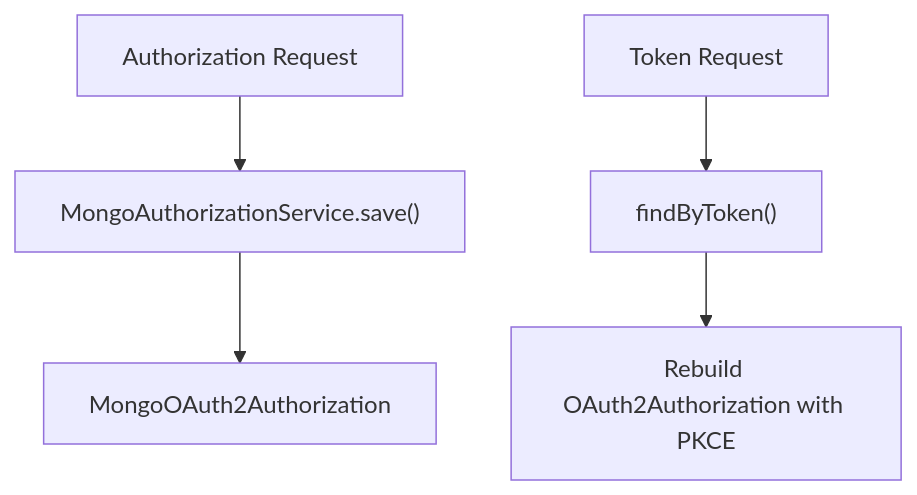
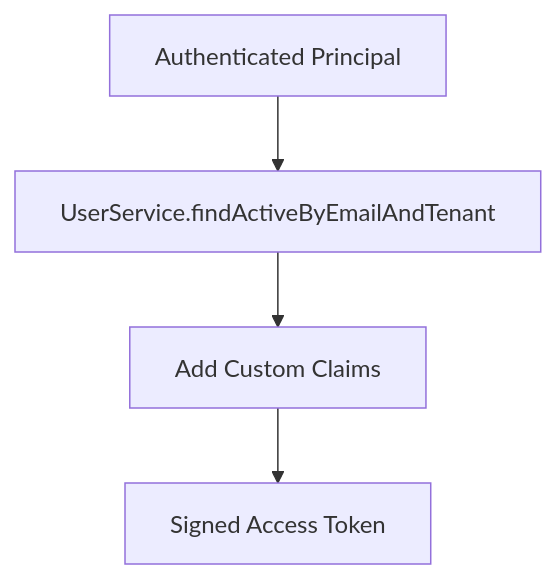
Before and after one commit to flamingo-stack/openframe-oss-lib: the fourth of 6 diagrams in docs/reference/architecture/authorization-service-core/authorization-service-core.md, drawn with Mermaid. The commit also changed other lines of this file and 212 other files, not shown here.

````diff
--- a/docs/reference/architecture/authorization-service-core/authorization-service-core.md
+++ b/docs/reference/architecture/authorization-service-core/authorization-service-core.md
@@ -180,8 +134,6 @@
 ```mermaid
 flowchart TD
-    AuthRequest["Authorization Request"] --> Save["MongoAuthorizationService.save()"]
-    Save --> Entity["MongoOAuth2Authorization"]
-
-    TokenExchange["Token Request"] --> Load["findByToken()"]
-    Load --> Rehydrate["Rebuild OAuth2Authorization with PKCE"]
+    Principal["Authenticated Principal"] --> LoadUser["UserService.findActiveByEmailAndTenant"]
+    LoadUser --> Claims["Add Custom Claims"]
+    Claims --> JWT["Signed Access Token"]
 ```
````
